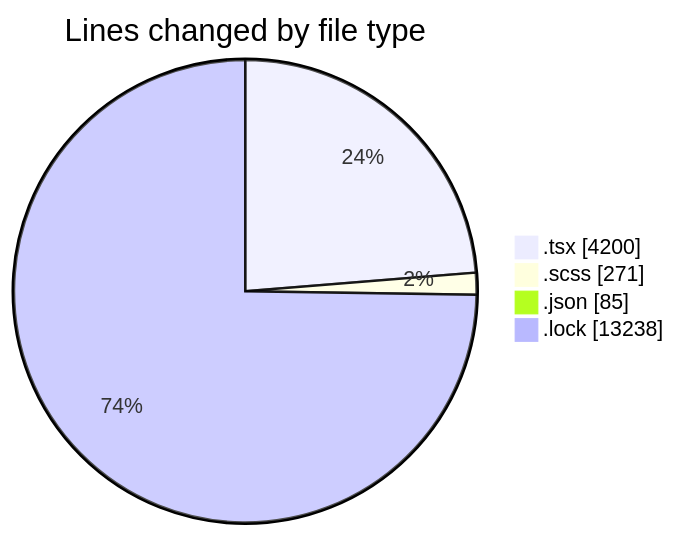
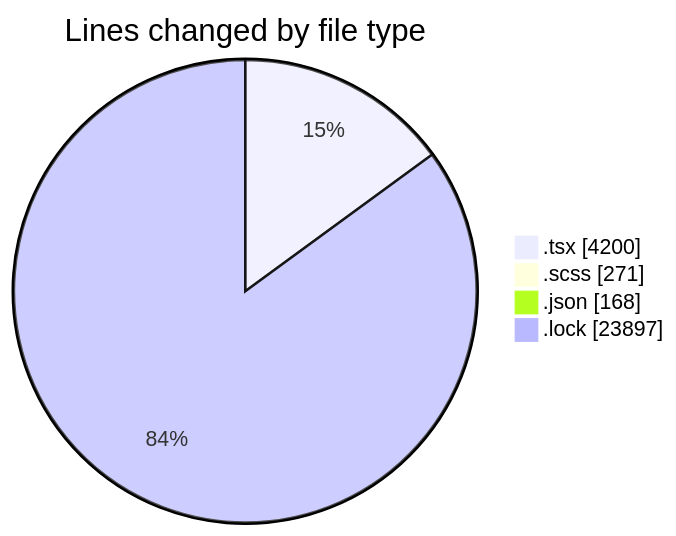
Before and after one commit to momahboobian/code-tracking: the first of 2 diagrams in 2025-11-18/cda/README.md, drawn with Mermaid. The commit also changed other lines of this file and 1 other file, not shown here.

````diff
--- a/2025-11-18/cda/README.md
+++ b/2025-11-18/cda/README.md
@@ -30,8 +34,8 @@
 ```mermaid
 pie showData
 title Lines changed by file type
 ".tsx" : 4200
 ".scss" : 271
-".json" : 85
-".lock" : 13238
+".json" : 168
+".lock" : 23897
 ```
````
